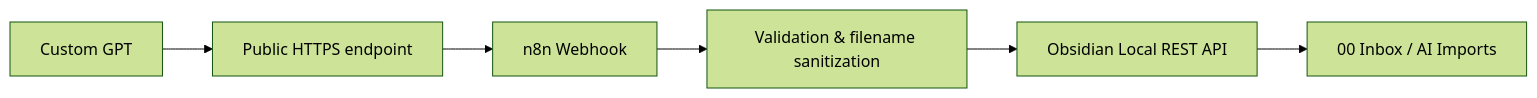
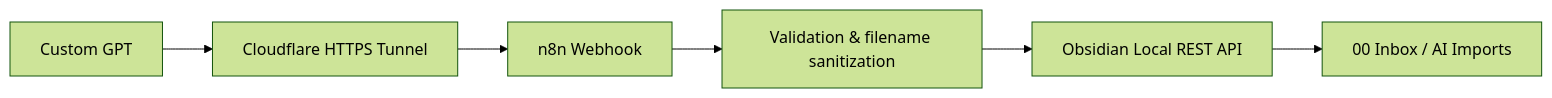
The diagram in README.md (koryfidhspantelis/chatgpt-obsidian-automation), drawn with Mermaid (forest theme) before and after one commit. The commit also changed other lines of this file, not shown here.

````diff
--- a/README.md
+++ b/README.md
@@ -9,8 +9,8 @@
 ```mermaid
 flowchart LR
-    A[Custom GPT] --> B[Public HTTPS endpoint]
+    A[Custom GPT] --> B[Cloudflare HTTPS Tunnel]
     B --> C[n8n Webhook]
     C --> D[Validation & filename sanitization]
     D --> E[Obsidian Local REST API]
     E --> F[00 Inbox / AI Imports]
 ```
````
